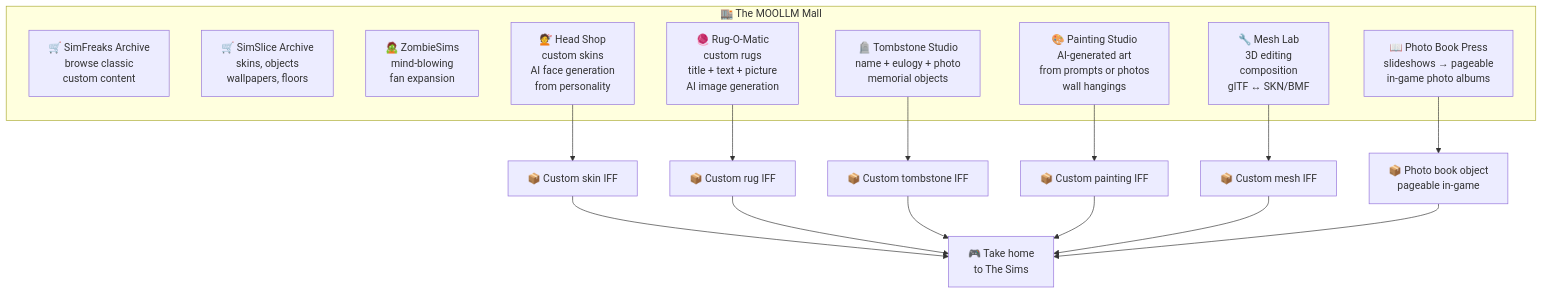
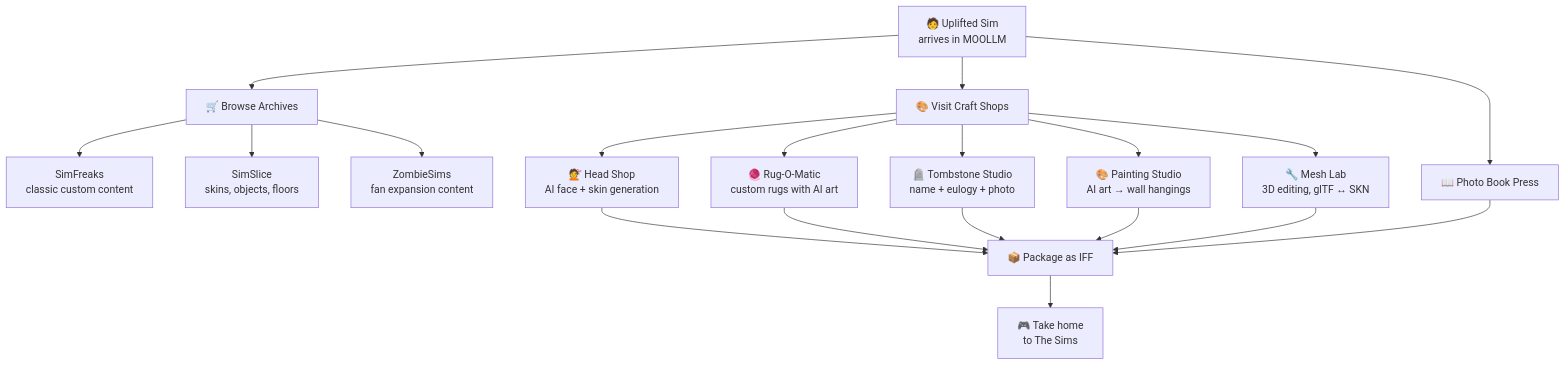
One commit to SimHacker/moollm changed the fifth of 5 diagrams in designs/sim-obliterator/THE-UPLIFT.md. Above: the diagram before and after it, drawn with Mermaid.

Commit message:
fix(sim-obliterator): restructure Mall mermaid for readable vertical layout

````diff
--- a/designs/sim-obliterator/THE-UPLIFT.md
+++ b/designs/sim-obliterator/THE-UPLIFT.md
@@ -152,28 +152,25 @@
 ```mermaid
 flowchart TD
-    subgraph mall["🏬 The MOOLLM Mall"]
-        FREAKS["🛒 SimFreaks Archive<br/>browse classic<br/>custom content"]
-        SLICE["🛒 SimSlice Archive<br/>skins, objects<br/>wallpapers, floors"]
-        ZOMBIE["🧟 ZombieSims<br/>mind-blowing<br/>fan expansion"]
-        HEADSHOP["💇 Head Shop<br/>custom skins<br/>AI face generation<br/>from personality"]
-        RUGSHOP["🧶 Rug-O-Matic<br/>custom rugs<br/>title + text + picture<br/>AI image generation"]
-        TOMBSHOP["🪦 Tombstone Studio<br/>name + eulogy + photo<br/>memorial objects"]
-        PAINTSHOP["🎨 Painting Studio<br/>AI-generated art<br/>from prompts or photos<br/>wall hangings"]
-        MESHLAB["🔧 Mesh Lab<br/>3D editing<br/>composition<br/>glTF ↔ SKN/BMF"]
-        PHOTOBOOK["📖 Photo Book Press<br/>slideshows → pageable<br/>in-game photo albums"]
-    end
+    SIM["🧑 Uplifted Sim<br/>arrives in MOOLLM"] --> BROWSE["🛒 Browse Archives"]
+    SIM --> CRAFT["🎨 Visit Craft Shops"]
+    SIM --> PRESS["📖 Photo Book Press"]
 
-    HEADSHOP --> IFF1["📦 Custom skin IFF"]
-    RUGSHOP --> IFF2["📦 Custom rug IFF"]
-    TOMBSHOP --> IFF3["📦 Custom tombstone IFF"]
-    PAINTSHOP --> IFF4["📦 Custom painting IFF"]
-    MESHLAB --> IFF5["📦 Custom mesh IFF"]
-    PHOTOBOOK --> IFF6["📦 Photo book object<br/>pageable in-game"]
+    BROWSE --> FREAKS["SimFreaks<br/>classic custom content"]
+    BROWSE --> SLICE["SimSlice<br/>skins, objects, floors"]
+    BROWSE --> ZOMBIE["ZombieSims<br/>fan expansion content"]
 
-    IFF1 --> SIMS["🎮 Take home<br/>to The Sims"]
-    IFF2 --> SIMS
-    IFF3 --> SIMS
-    IFF4 --> SIMS
-    IFF5 --> SIMS
-    IFF6 --> SIMS
+    CRAFT --> HEADSHOP["💇 Head Shop<br/>AI face + skin generation"]
+    CRAFT --> RUGSHOP["🧶 Rug-O-Matic<br/>custom rugs with AI art"]
+    CRAFT --> TOMBSHOP["🪦 Tombstone Studio<br/>name + eulogy + photo"]
+    CRAFT --> PAINTSHOP["🎨 Painting Studio<br/>AI art → wall hangings"]
+    CRAFT --> MESHLAB["🔧 Mesh Lab<br/>3D editing, glTF ↔ SKN"]
+
+    HEADSHOP --> IFF["📦 Package as IFF"]
+    RUGSHOP --> IFF
+    TOMBSHOP --> IFF
+    PAINTSHOP --> IFF
+    MESHLAB --> IFF
+    PRESS --> IFF
+
+    IFF --> SIMS["🎮 Take home<br/>to The Sims"]
 ```
````
